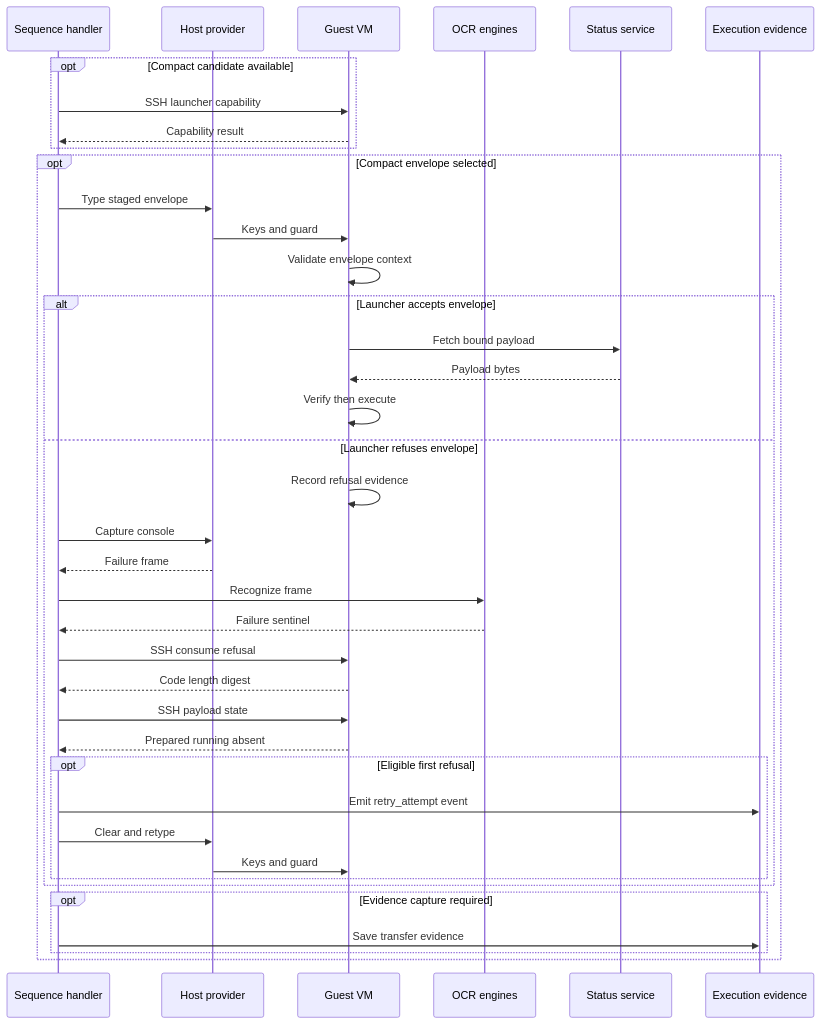
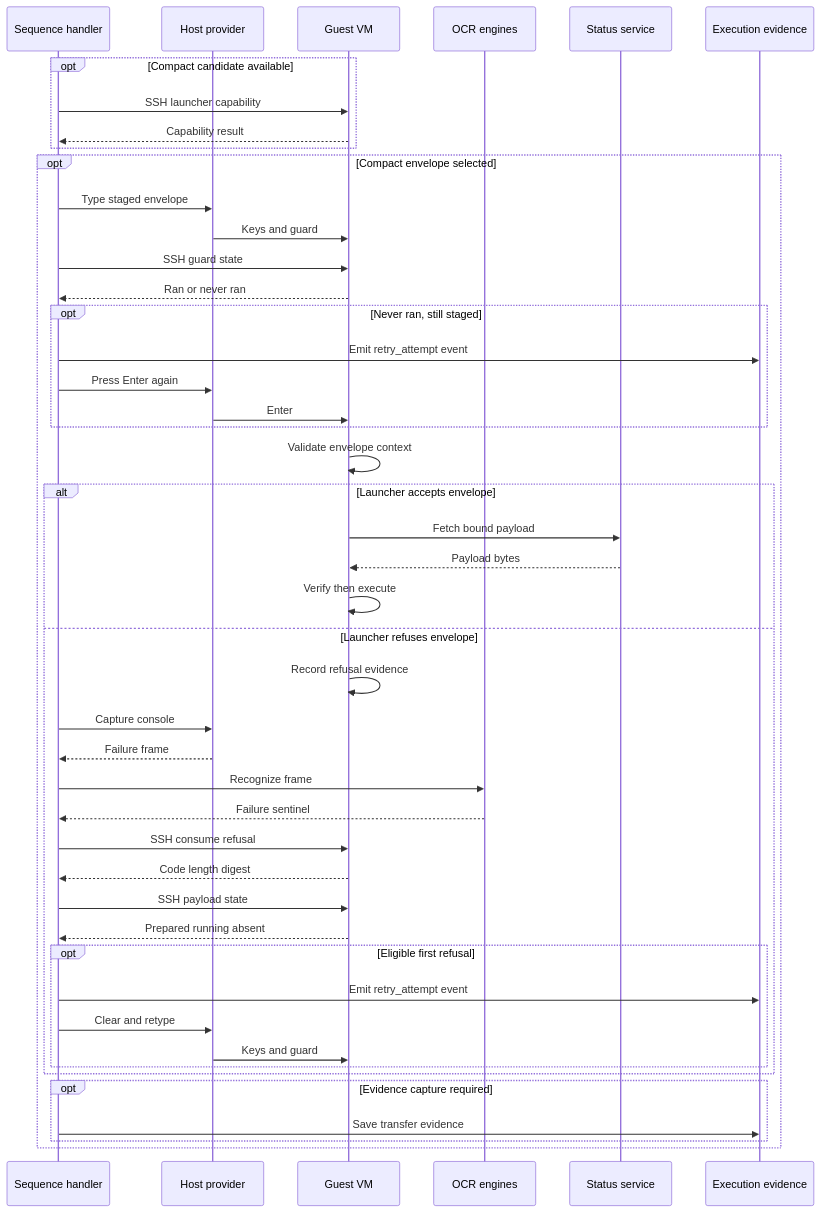
Before and after one commit to alissonsol/yuruna: the fourth of 15 diagrams in docs/design/03-data-flows.md, drawn with Mermaid. The commit also changed other lines of this file and 1313 other files, not shown here.

````diff
--- a/docs/design/03-data-flows.md
+++ b/docs/design/03-data-flows.md
@@ -152,41 +152,48 @@
 ```mermaid
 sequenceDiagram
     participant test-sequence-handler-psm1 as Sequence handler
     participant yuruna-host-contract-psm1 as Host provider
     participant guest-vm as Guest VM
     participant test-ocr-engine-psm1 as OCR engines
     participant start-status-service-ps1 as Status service
     participant fetch-and-execute-evidence-json as Execution evidence
     opt Compact candidate available
         test-sequence-handler-psm1->>guest-vm: SSH launcher capability
         guest-vm-->>test-sequence-handler-psm1: Capability result
     end
     opt Compact envelope selected
         test-sequence-handler-psm1->>yuruna-host-contract-psm1: Type staged envelope
         yuruna-host-contract-psm1->>guest-vm: Keys and guard
+        test-sequence-handler-psm1->>guest-vm: SSH guard state
+        guest-vm-->>test-sequence-handler-psm1: Ran or never ran
+        opt Never ran, still staged
+            test-sequence-handler-psm1->>fetch-and-execute-evidence-json: Emit retry_attempt event
+            test-sequence-handler-psm1->>yuruna-host-contract-psm1: Press Enter again
+            yuruna-host-contract-psm1->>guest-vm: Enter
+        end
         guest-vm->>guest-vm: Validate envelope context
         alt Launcher accepts envelope
             guest-vm->>start-status-service-ps1: Fetch bound payload
             start-status-service-ps1-->>guest-vm: Payload bytes
             guest-vm->>guest-vm: Verify then execute
         else Launcher refuses envelope
             guest-vm->>guest-vm: Record refusal evidence
             test-sequence-handler-psm1->>yuruna-host-contract-psm1: Capture console
             yuruna-host-contract-psm1-->>test-sequence-handler-psm1: Failure frame
             test-sequence-handler-psm1->>test-ocr-engine-psm1: Recognize frame
             test-ocr-engine-psm1-->>test-sequence-handler-psm1: Failure sentinel
             test-sequence-handler-psm1->>guest-vm: SSH consume refusal
             guest-vm-->>test-sequence-handler-psm1: Code length digest
             test-sequence-handler-psm1->>guest-vm: SSH payload state
             guest-vm-->>test-sequence-handler-psm1: Prepared running absent
             opt Eligible first refusal
                 test-sequence-handler-psm1->>fetch-and-execute-evidence-json: Emit retry_attempt event
                 test-sequence-handler-psm1->>yuruna-host-contract-psm1: Clear and retype
                 yuruna-host-contract-psm1->>guest-vm: Keys and guard
             end
         end
         opt Evidence capture required
             test-sequence-handler-psm1->>fetch-and-execute-evidence-json: Save transfer evidence
         end
     end
 ```
````
